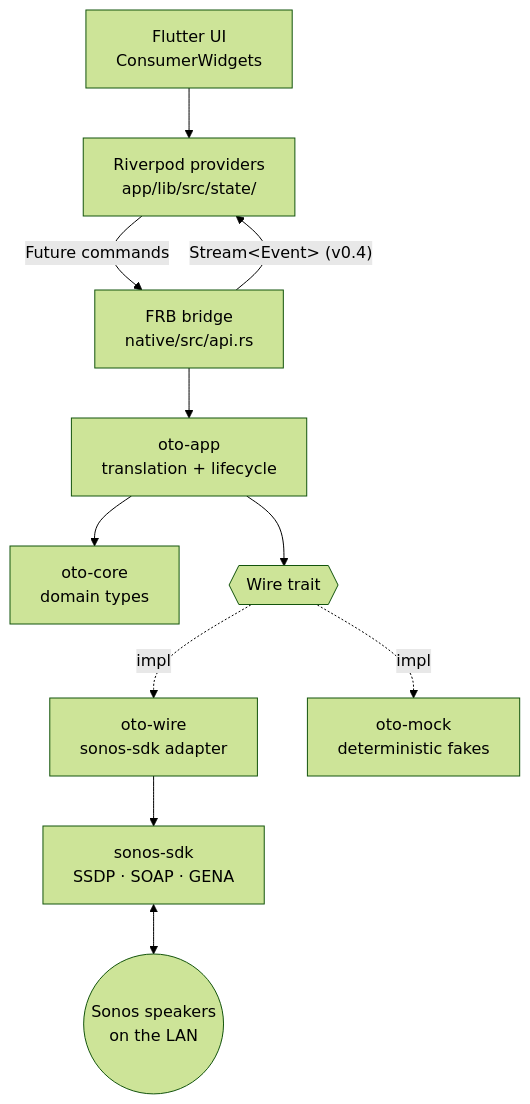
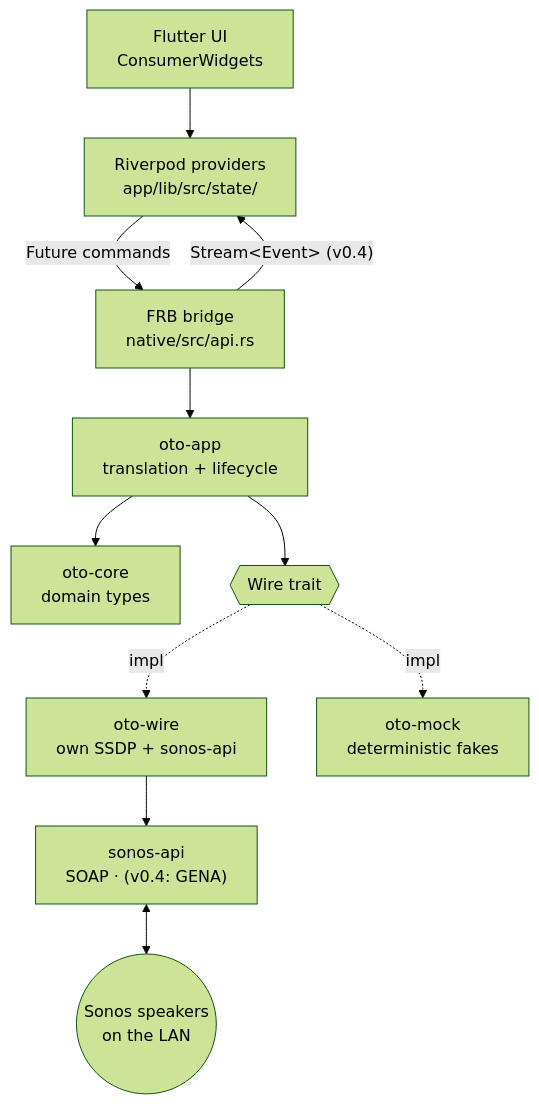
Before and after one commit to Oszkar/oto: the first of 2 diagrams in docs/ARCHITECTURE.md, drawn with Mermaid (forest theme). The commit also changed other lines of this file and 12 other files, not shown here.

````diff
--- a/docs/ARCHITECTURE.md
+++ b/docs/ARCHITECTURE.md
@@ -26,24 +34,24 @@
 ```mermaid
 flowchart TD
     UI["Flutter UI<br/>ConsumerWidgets"]
     RP["Riverpod providers<br/>app/lib/src/state/"]
     FRB["FRB bridge<br/>native/src/api.rs"]
     APP["oto-app<br/>translation + lifecycle"]
     CORE["oto-core<br/>domain types"]
     WIRE{{"Wire trait"}}
-    WIREIMPL["oto-wire<br/>sonos-sdk adapter"]
+    WIREIMPL["oto-wire<br/>own SSDP + sonos-api"]
     MOCK["oto-mock<br/>deterministic fakes"]
-    SDK["sonos-sdk<br/>SSDP · SOAP · GENA"]
+    SDK["sonos-api<br/>SOAP · (v0.4: GENA)"]
     NET(("Sonos speakers<br/>on the LAN"))
 
     UI --> RP
     RP -->|"Future commands"| FRB
     FRB -->|"Stream&lt;Event&gt; (v0.4)"| RP
     FRB --> APP
     APP --> CORE
     APP --> WIRE
     WIRE -.impl.-> WIREIMPL
     WIRE -.impl.-> MOCK
     WIREIMPL --> SDK
     SDK <--> NET
 ```
````
